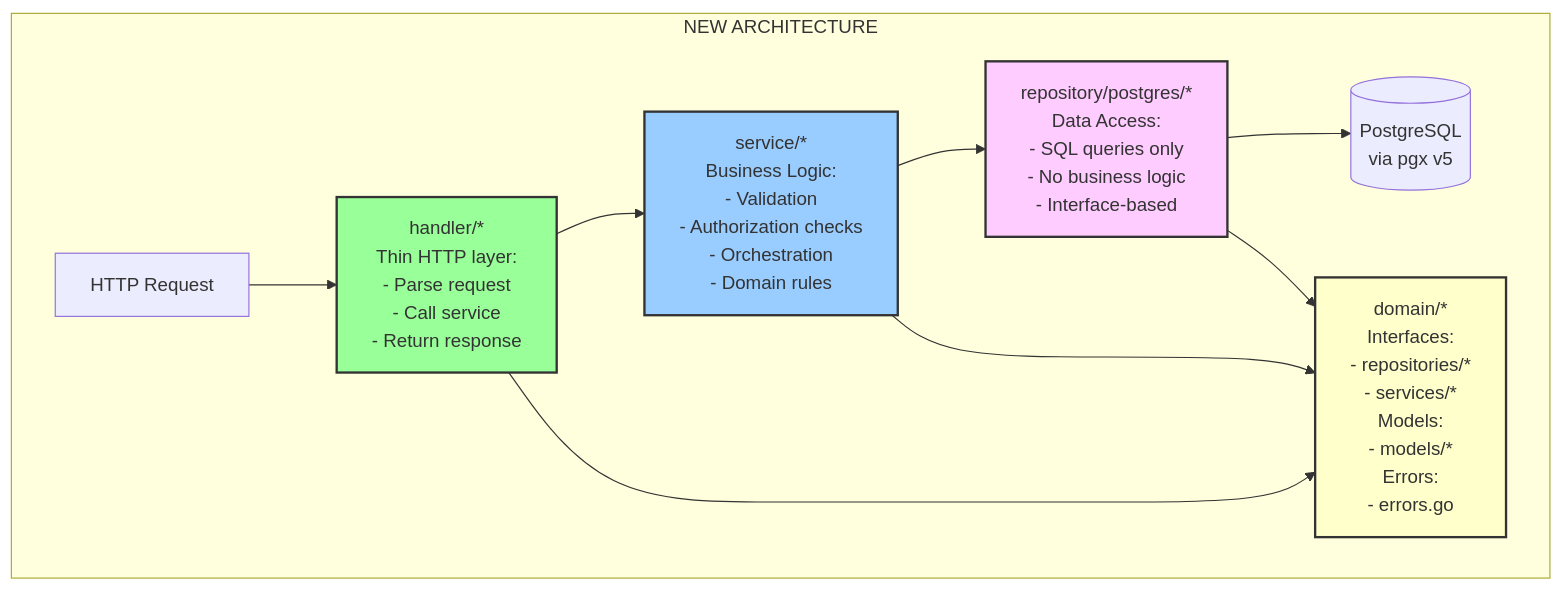
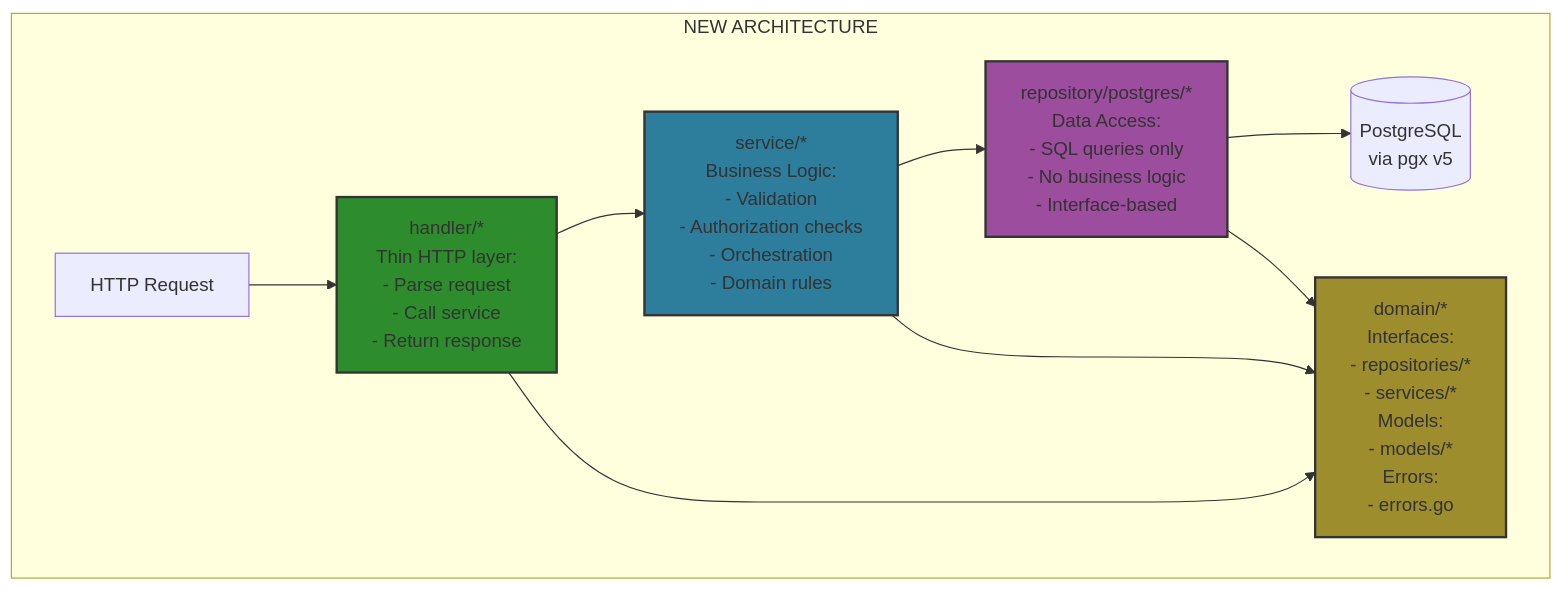
Before and after one commit to haowjy/meridian: the second of 13 diagrams in _docs/technical/backend/clean-architecture-guide.md, drawn with Mermaid. The commit also changed other lines of this file and 40 other files, not shown here.

````diff
--- a/_docs/technical/backend/clean-architecture-guide.md
+++ b/_docs/technical/backend/clean-architecture-guide.md
@@ -58,18 +58,18 @@
 ```mermaid
 graph TB
     subgraph "NEW ARCHITECTURE"
         HTTP[HTTP Request] --> Handler[handler/*<br/>Thin HTTP layer:<br/>- Parse request<br/>- Call service<br/>- Return response]
         Handler --> Service[service/*<br/>Business Logic:<br/>- Validation<br/>- Authorization checks<br/>- Orchestration<br/>- Domain rules]
         Service --> Repo[repository/postgres/*<br/>Data Access:<br/>- SQL queries only<br/>- No business logic<br/>- Interface-based]
         Repo --> PG[(PostgreSQL<br/>via pgx v5)]
 
         Service --> Domain[domain/*<br/>Interfaces:<br/>- repositories/*<br/>- services/*<br/>Models:<br/>- models/*<br/>Errors:<br/>- errors.go]
         Repo --> Domain
         Handler --> Domain
     end
 
-    style Handler fill:#9f9,stroke:#333,stroke-width:2px
-    style Service fill:#9cf,stroke:#333,stroke-width:2px
-    style Repo fill:#fcf,stroke:#333,stroke-width:2px
-    style Domain fill:#ffc,stroke:#333,stroke-width:2px
+    style Handler fill:#2d8d2d,stroke:#333,stroke-width:2px
+    style Service fill:#2d7d9d,stroke:#333,stroke-width:2px
+    style Repo fill:#9d4d9d,stroke:#333,stroke-width:2px
+    style Domain fill:#9d8d2d,stroke:#333,stroke-width:2px
 ```
````
